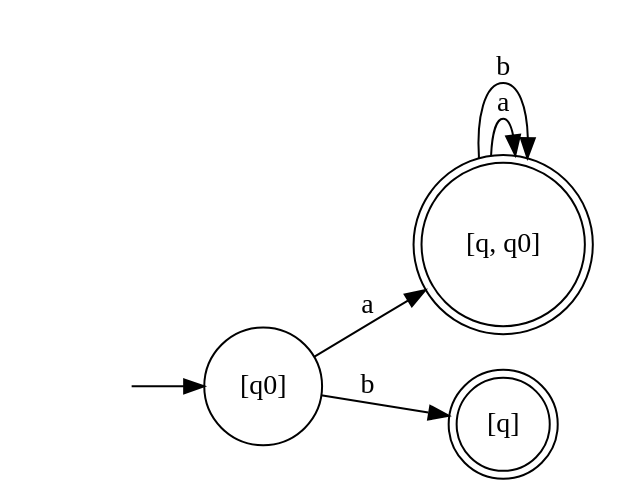
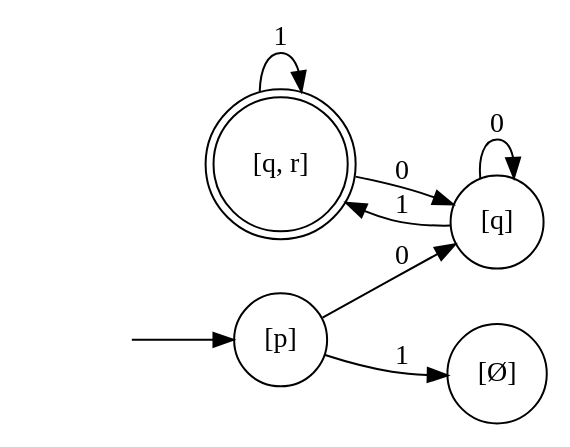
Before and after one commit to 1475505/NFA2DFA: the diagram in DFA.gv, drawn with Graphviz. The commit also changed 8 other files, not shown here.

```diff
--- a/DFA.gv
+++ b/DFA.gv
@@ -1,13 +1,14 @@
 digraph DFA {
 	rankdir=LR size="8,5"
 	node [shape=doublecircle]
-	"[q, q0]"
-	"[q]"
+	"[q, r]"
 	node [shape=circle]
-	"[q0]" -> "[q, q0]" [label=a]
-	"[q0]" -> "[q]" [label=b]
-	"[q, q0]" -> "[q, q0]" [label=a]
-	"[q, q0]" -> "[q, q0]" [label=b]
+	"[p]" -> "[q]" [label=0]
+	"[p]" -> "[Ø]" [label=1]
+	"[q]" -> "[q]" [label=0]
+	"[q]" -> "[q, r]" [label=1]
+	"[q, r]" -> "[q]" [label=0]
+	"[q, r]" -> "[q, r]" [label=1]
 	node [shape=none]
-	"" -> "[q0]"
+	"" -> "[p]"
 }
```
